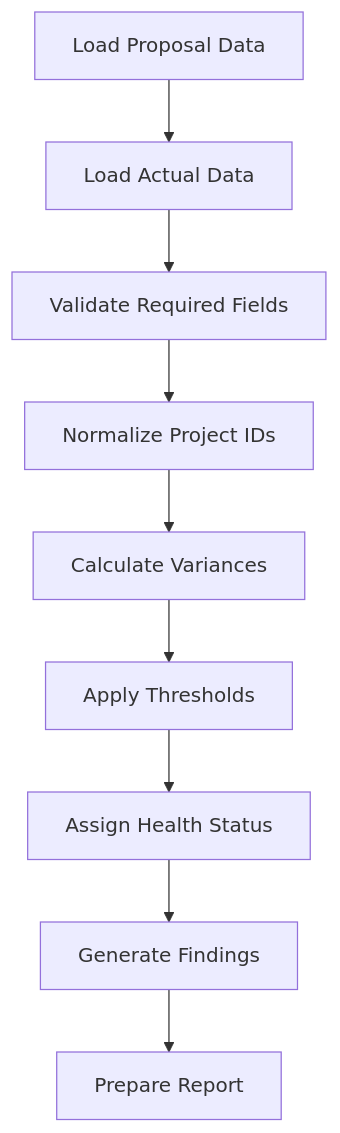
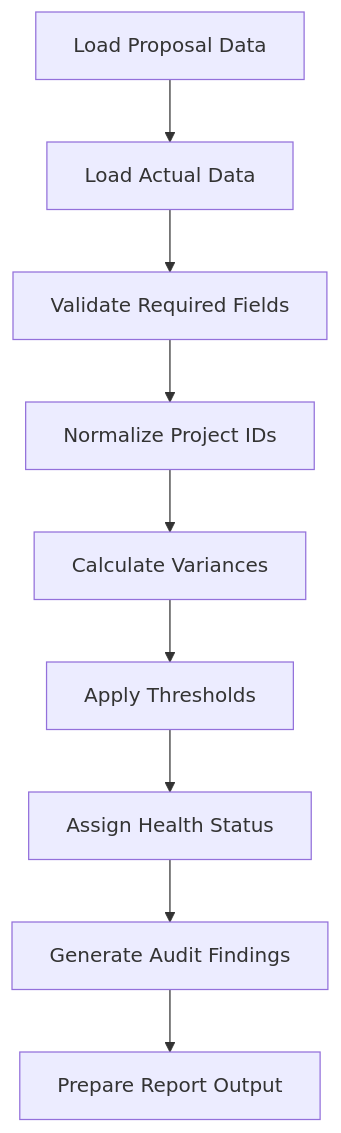
One commit to meownager/epm-insights changed the first of 2 diagrams in docs/audit-engine-foundation.md. Above: the diagram before and after it, drawn with Mermaid. The commit also changed other lines of this file, not shown here.

Commit message:
docs: refine audit engine foundation

````diff
--- a/docs/audit-engine-foundation.md
+++ b/docs/audit-engine-foundation.md
@@ -106,11 +106,11 @@
 ```mermaid
 flowchart TD
     A[Load Proposal Data] --> B[Load Actual Data]
     B --> C[Validate Required Fields]
     C --> D[Normalize Project IDs]
     D --> E[Calculate Variances]
     E --> F[Apply Thresholds]
     F --> G[Assign Health Status]
-    G --> H[Generate Findings]
-    H --> I[Prepare Report]
+    G --> H[Generate Audit Findings]
+    H --> I[Prepare Report Output]
 ```
````
